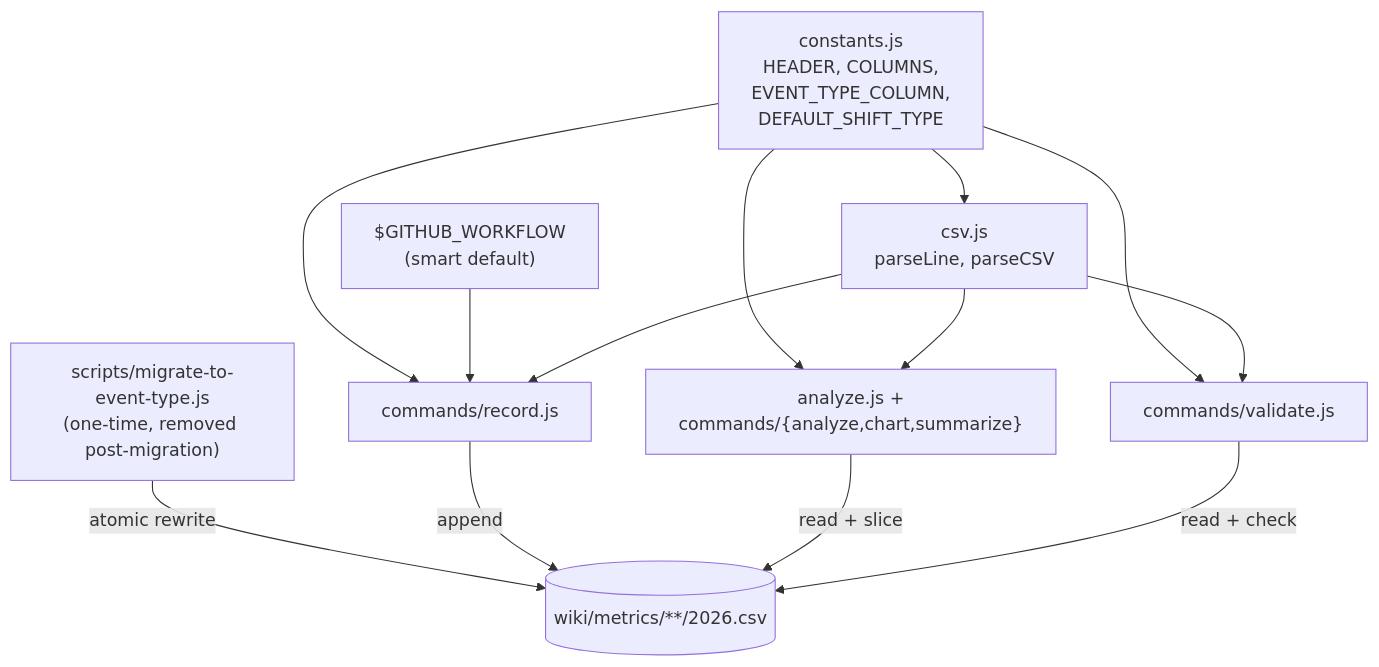
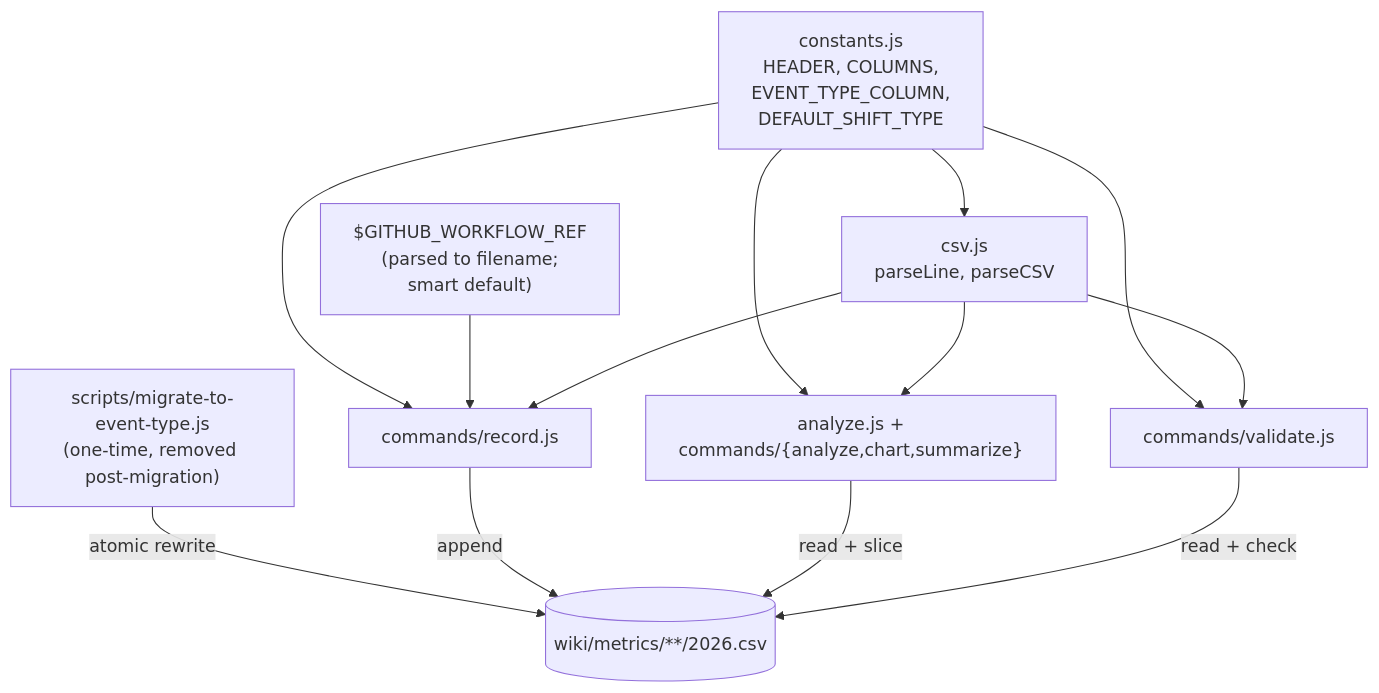
Before and after one commit to forwardimpact/monorepo: the diagram in specs/1540-csv-event-type-split-xmr/design-a.md, drawn with Mermaid. The commit also changed other lines of this file, not shown here.

First line of the commit message:
design(1540): event_type is workflow machine name, not display title

````diff
--- a/specs/1540-csv-event-type-split-xmr/design-a.md
+++ b/specs/1540-csv-event-type-split-xmr/design-a.md
@@ -33,15 +37,15 @@
 ```mermaid
 graph TD
     Constants["constants.js<br/>HEADER, COLUMNS,<br/>EVENT_TYPE_COLUMN,<br/>DEFAULT_SHIFT_TYPE"] --> Parser["csv.js<br/>parseLine, parseCSV"]
     Constants --> Recorder["commands/record.js"]
     Constants --> Validator["commands/validate.js"]
     Constants --> Analyzer["analyze.js +<br/>commands/{analyze,chart,summarize}"]
-    Env["$GITHUB_WORKFLOW<br/>(smart default)"] --> Recorder
+    Env["$GITHUB_WORKFLOW_REF<br/>(parsed to filename;<br/>smart default)"] --> Recorder
     Parser --> Validator
     Parser --> Analyzer
     Parser --> Recorder
     Classifier["scripts/migrate-to-event-type.js<br/>(one-time, removed post-migration)"] -->|atomic rewrite| CSV[("wiki/metrics/**/2026.csv")]
     Recorder -->|append| CSV
     Analyzer -->|read + slice| CSV
     Validator -->|read + check| CSV
 ```
````
